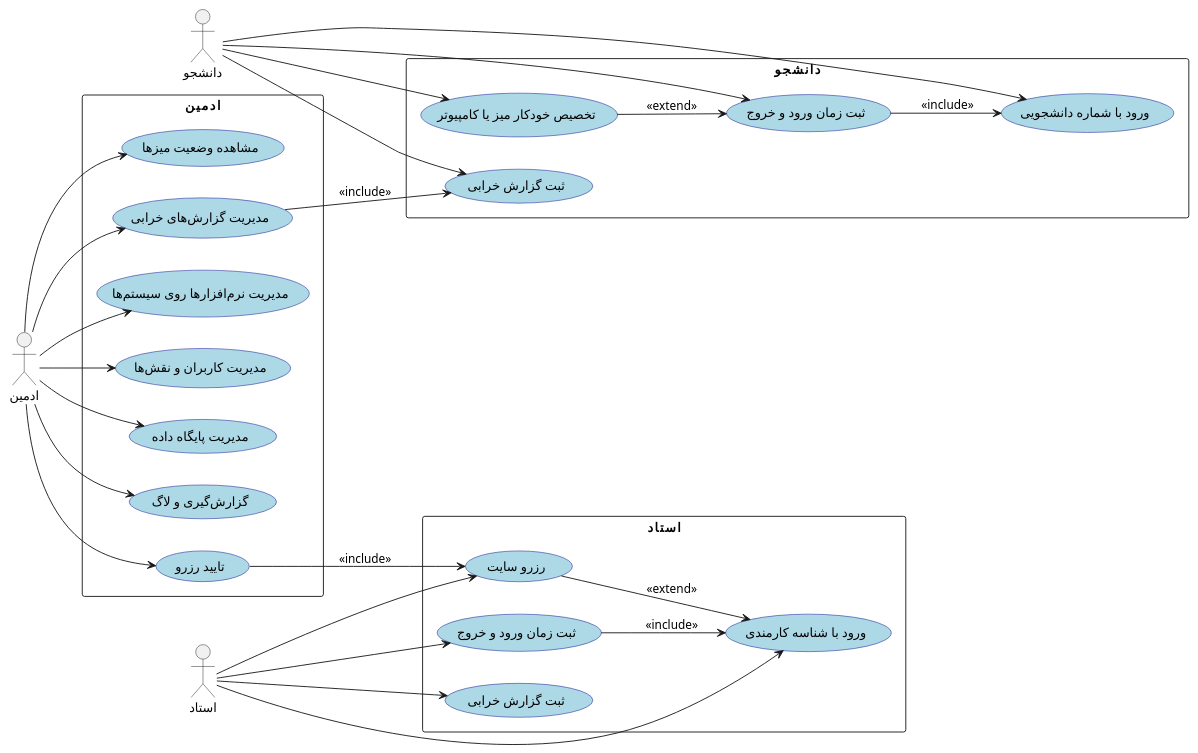
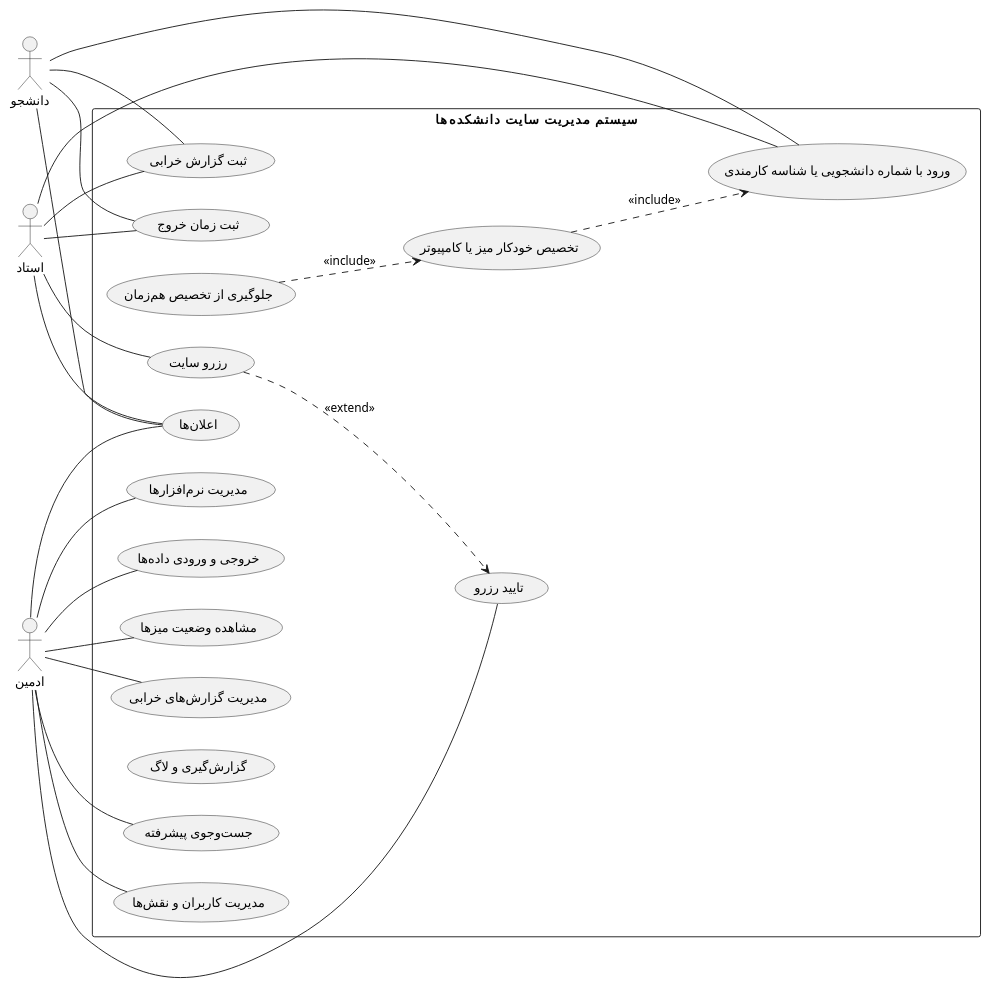
One commit to Arshia17d/Faculty-website-management-system changed the diagram in docs/usecase diagram/usecase diagram V2.puml. Above: the diagram before and after it, drawn with PlantUML. The commit also changed 4 other files, not shown here.

Commit message:
update usecase diagram and add Scenarios

```diff
--- a/docs/usecase diagram/usecase diagram V2.puml
+++ b/docs/usecase diagram/usecase diagram V2.puml
@@ -1,66 +1,54 @@
 @startuml
 left to right direction
-skinparam packageStyle rectangle
-skinparam usecase {
-    BackgroundColor LightBlue
-    BorderColor DarkBlue
+
+actor "دانشجو" as Student
+actor "استاد" as Professor
+actor "ادمین" as Admin
+
+rectangle "سیستم مدیریت سایت دانشکده‌ها" {
+
+  (ورود با شماره دانشجویی یا شناسه کارمندی) as UC1
+  (ثبت زمان خروج) as UC2
+  (ثبت گزارش خرابی) as UC6
+  (رزرو سایت) as UC16
+
+  (تخصیص خودکار میز یا کامپیوتر) as UC3
+  (جلوگیری از تخصیص هم‌زمان) as UC4
+
+  (مشاهده وضعیت میزها) as UC5
+  (مدیریت گزارش‌های خرابی) as UC7
+  (تایید رزرو) as UC17
+  (جست‌وجوی پیشرفته) as UC9
+  (مدیریت کاربران و نقش‌ها) as UC10
+  (مدیریت نرم‌افزارها) as UC8
+
+  (گزارش‌گیری و لاگ) as UC13
+  (اعلان‌ها) as UC14
+  (خروجی و ورودی داده‌ها) as UC15
 }
 
-actor "دانشجو" as Student
-actor "استاد" as Teacher
-actor "ادمین" as Admin
+Student -- UC1
+Student -- UC2
+Student -- UC6
+Student -- UC14
 
-package "دانشجو" {
-    usecase "ورود با شماره دانشجویی" as UC1
-    usecase "ثبت زمان ورود و خروج" as UC2
-    usecase "تخصیص خودکار میز یا کامپیوتر" as UC3
-    usecase "ثبت گزارش خرابی" as UC6
-}
+Professor -- UC1
+Professor -- UC2
+Professor -- UC6
+Professor -- UC16
+Professor -- UC14
 
-package "استاد" {
-    usecase "ورود با شناسه کارمندی" as UC1T
-    usecase "ثبت زمان ورود و خروج" as UC2T
-    usecase "ثبت گزارش خرابی" as UC6T
-    usecase "رزرو سایت" as UC16
-}
+Admin -- UC5
+Admin -- UC7
+Admin -- UC17
+Admin -- UC9
+Admin -- UC10
+Admin -- UC8
+Admin -- UC14
+Admin -- UC15
 
-package "ادمین" {
-    usecase "مشاهده وضعیت میزها" as UC5
-    usecase "مدیریت گزارش‌های خرابی" as UC7
-    usecase "مدیریت نرم‌افزارها روی سیستم‌ها" as UC8
-    usecase "مدیریت کاربران و نقش‌ها" as UC10
-    usecase "مدیریت پایگاه داده" as UC12
-    usecase "گزارش‌گیری و لاگ" as UC13
-    usecase "تایید رزرو" as UC17
-}
+UC3 ..> UC1 : <<include>>
+UC4 ..> UC3 : <<include>>
+UC16 ..> UC17 : <<extend>>
 
-' ارتباط دانشجو
-Student --> UC1
-Student --> UC2
-Student --> UC3
-Student --> UC6
-
-UC2 --> UC1 : <<include>>
-UC3 --> UC2 : <<extend>>
-
-' ارتباط استاد
-Teacher --> UC1T
-Teacher --> UC2T
-Teacher --> UC6T
-Teacher --> UC16
-
-UC2T --> UC1T : <<include>>
-UC16 --> UC1T : <<extend>>
-
-' ارتباط ادمین
-Admin --> UC5
-Admin --> UC7
-Admin --> UC8
-Admin --> UC10
-Admin --> UC12
-Admin --> UC13
-Admin --> UC17
-
-UC7 --> UC6 : <<include>>
-UC17 --> UC16 : <<include>>
 @enduml
```
